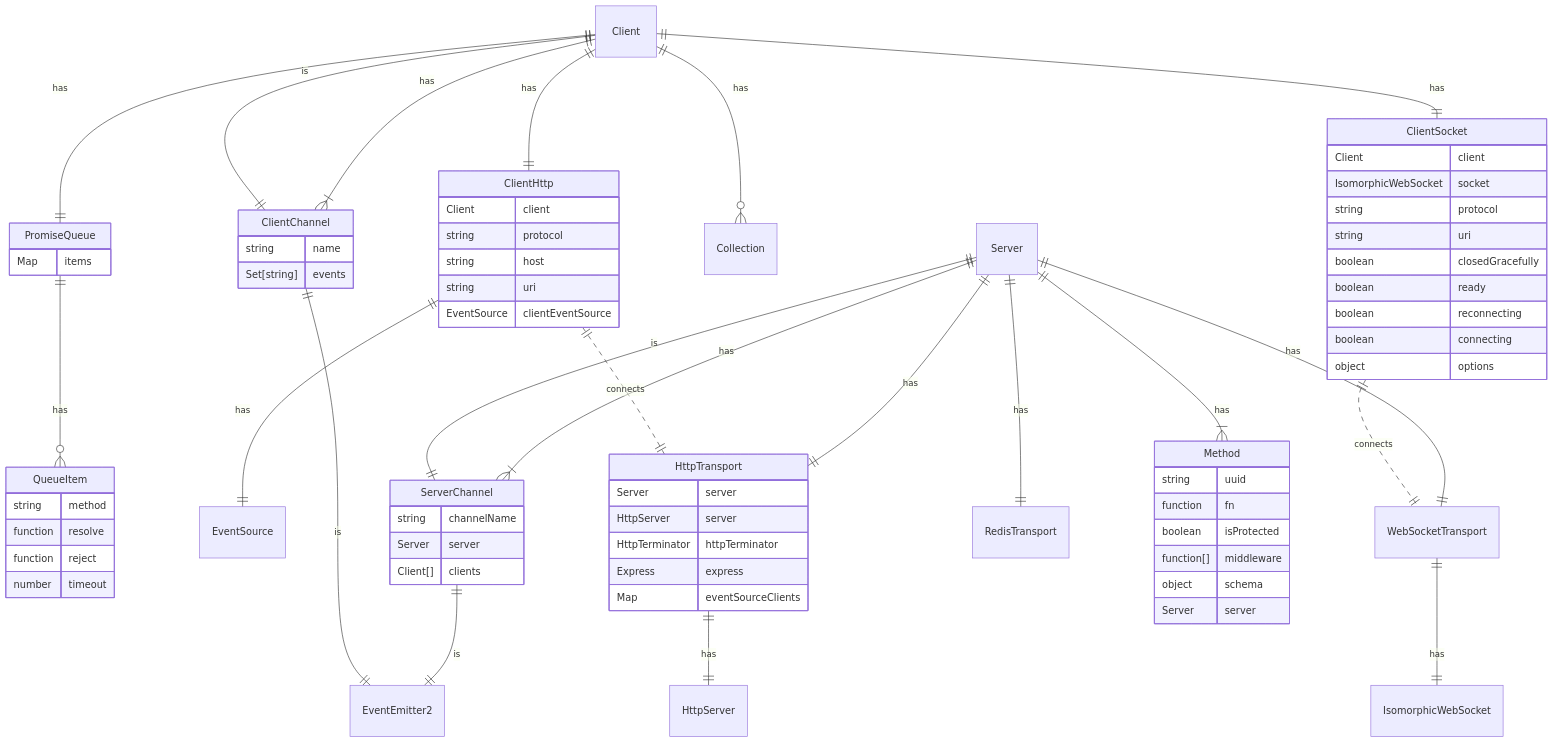
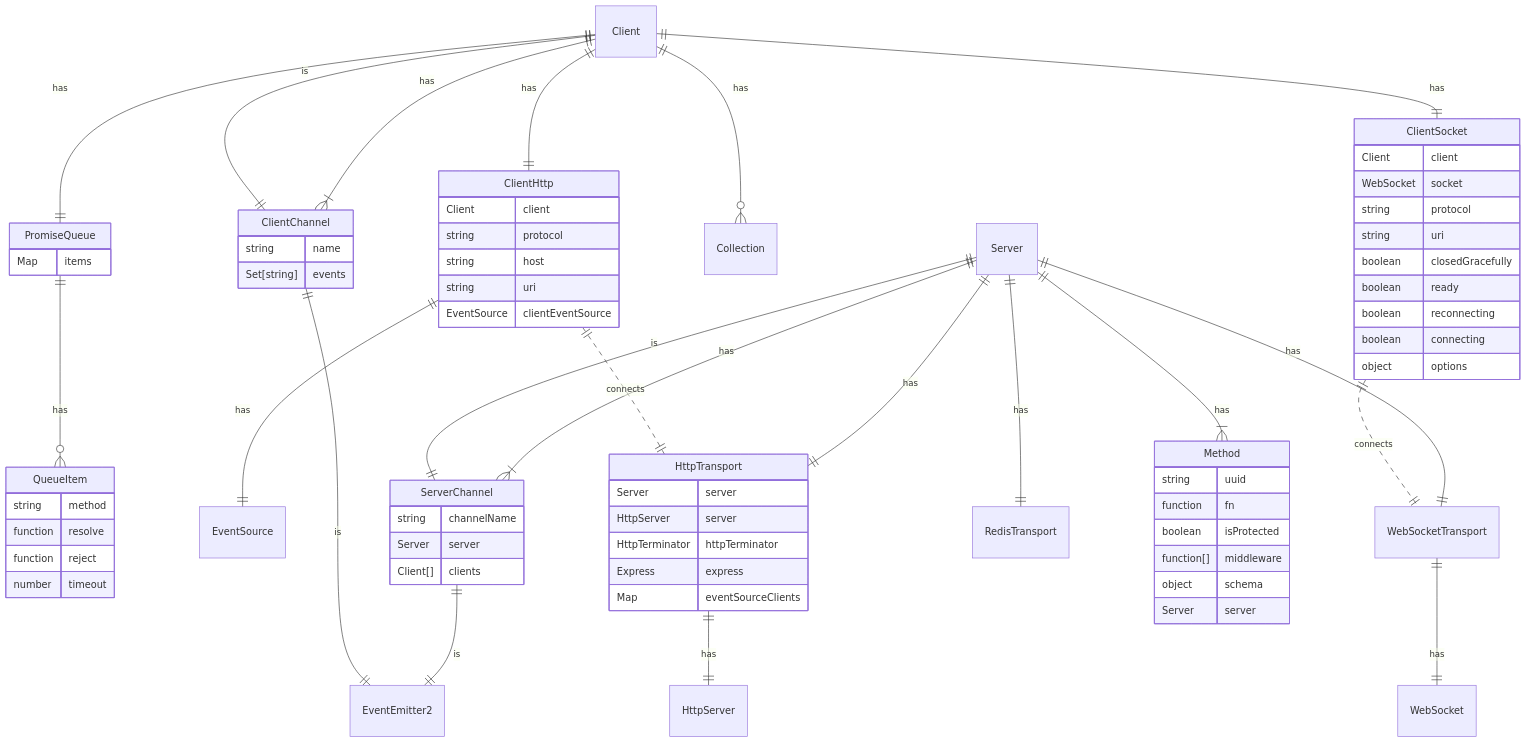
The diagram in diagrams/architecture.mmd (leonardoventurini/helene), drawn with Mermaid before and after one commit. The commit also changed 11 other files, not shown here.

```diff
--- a/diagrams/architecture.mmd
+++ b/diagrams/architecture.mmd
@@ -1,91 +1,91 @@
 erDiagram
 
     Client ||--|| ClientChannel: is
     Client ||--|{ ClientChannel: has
     Client ||--|| PromiseQueue: has
     Client ||--|| ClientHttp: has
     Client ||--o{ Collection: has
     Client ||--|| ClientSocket: has
 
     PromiseQueue ||--o{ QueueItem: has
 
     QueueItem {
         string method
         function resolve
         function reject
         number timeout
     }
 
     PromiseQueue {
         Map items
     }
 
     ClientChannel ||--|| EventEmitter2: is
 
     ClientChannel {
         string name
         Set[string] events
     }
 
     ClientHttp ||--|| EventSource: has
     ClientHttp ||..|| HttpTransport: connects
 
     ClientHttp {
         Client client
         string protocol
         string host
         string uri
         EventSource clientEventSource
     }
 
     ClientSocket ||..|| WebSocketTransport: connects
 
     ClientSocket {
         Client client
-        IsomorphicWebSocket socket
+        WebSocket socket
         string protocol
         string uri
 
         boolean closedGracefully
         boolean ready
         boolean reconnecting
         boolean connecting
 
         object options
     }
 
     Server ||--|| ServerChannel: is
     Server ||--|{ ServerChannel: has
     Server ||--|| HttpTransport: has
     Server ||--|| WebSocketTransport: has
     Server ||--|| RedisTransport: has
     Server ||--|{ Method: has
 
     Method {
         string uuid
         function fn
         boolean isProtected
         function[] middleware
         object schema
         Server server
     }
 
     ServerChannel ||--|| EventEmitter2: is
 
     ServerChannel {
         string channelName
         Server server
         Client[] clients
     }
 
-    WebSocketTransport ||--|| IsomorphicWebSocket: has
+    WebSocketTransport ||--|| WebSocket: has
 
     HttpTransport ||--|| HttpServer: has
 
     HttpTransport {
         Server server
         HttpServer server
         HttpTerminator httpTerminator
         Express express
         Map eventSourceClients
     }
```
